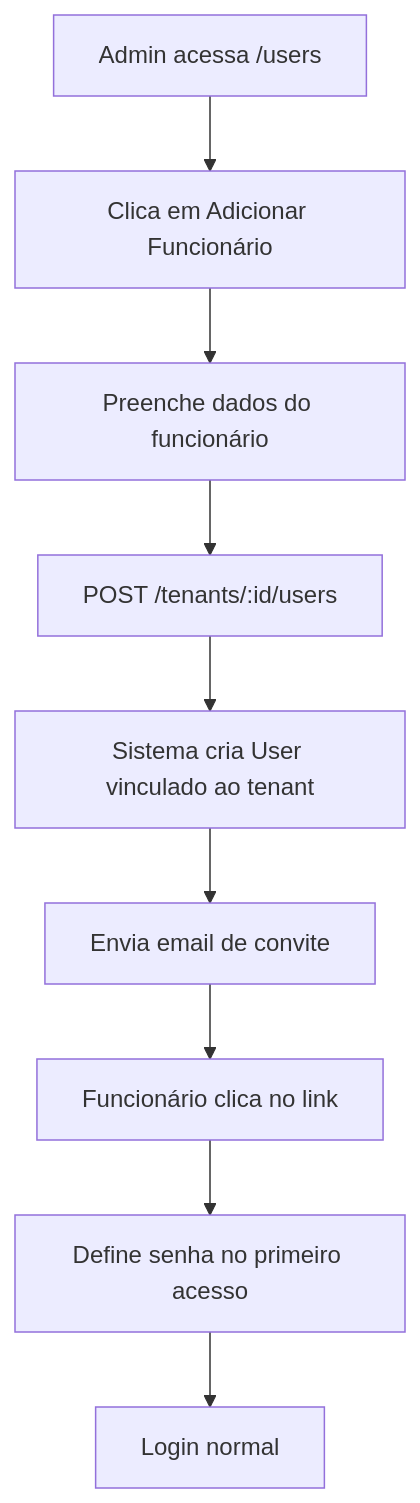
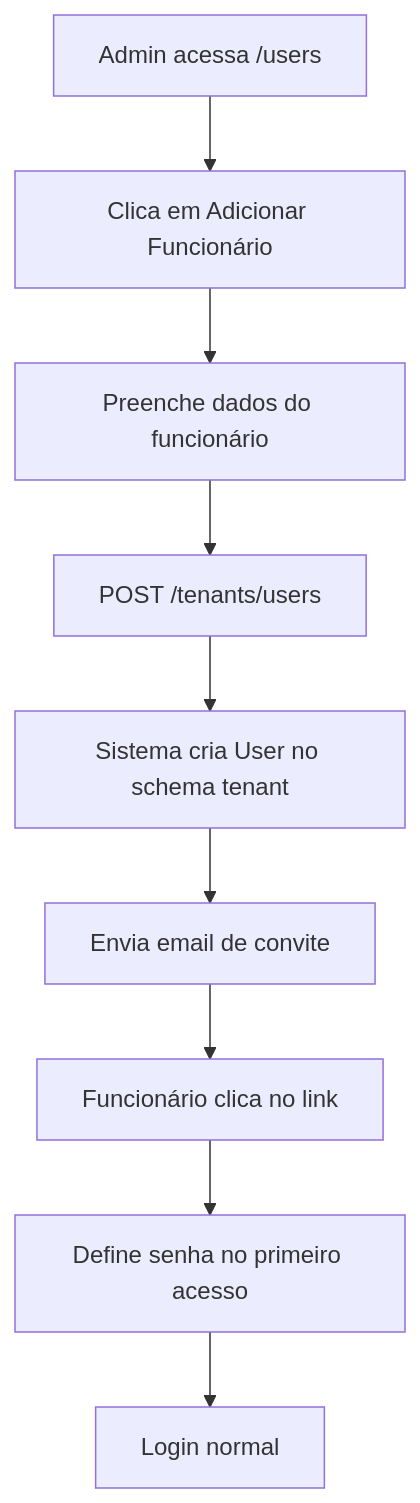
Before and after one commit to devel-fonseca/rafa-ilpi-data: the second of 2 diagrams in docs/architecture/MULTI-TENANT-ISOLATION.md, drawn with Mermaid. The commit also changed other lines of this file and 1 other file, not shown here.

First line of the commit message:
docs(architecture): atualizar documentação multi-tenant para refletir implementação atual

````diff
--- a/docs/architecture/MULTI-TENANT-ISOLATION.md
+++ b/docs/architecture/MULTI-TENANT-ISOLATION.md
@@ -122,11 +145,11 @@
 ```mermaid
 graph TD
     A[Admin acessa /users] --> B[Clica em Adicionar Funcionário]
     B --> C[Preenche dados do funcionário]
-    C --> D[POST /tenants/:id/users]
-    D --> E[Sistema cria User vinculado ao tenant]
+    C --> D[POST /tenants/users]
+    D --> E[Sistema cria User no schema tenant]
     E --> F[Envia email de convite]
     F --> G[Funcionário clica no link]
     G --> H[Define senha no primeiro acesso]
     H --> I[Login normal]
 ```
````
